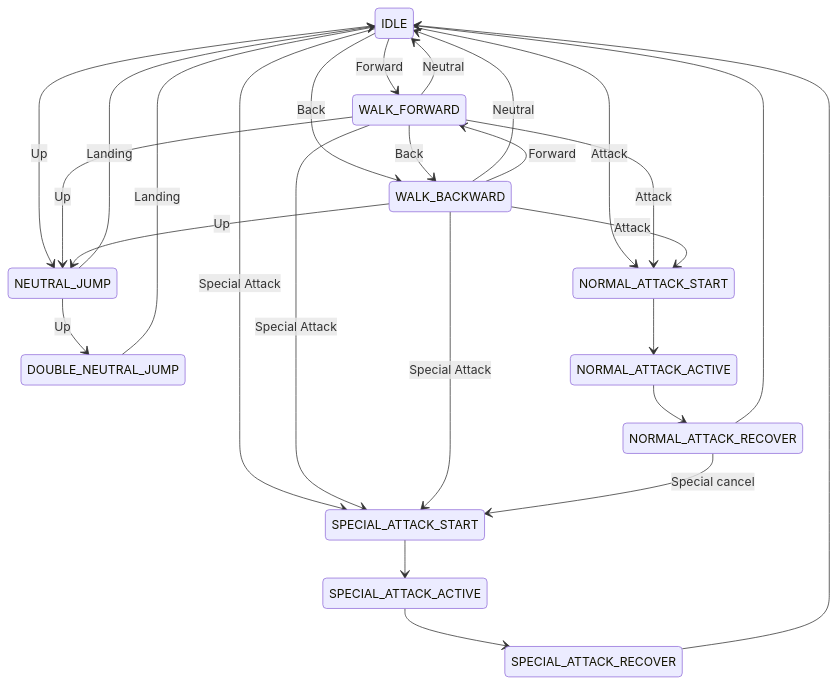
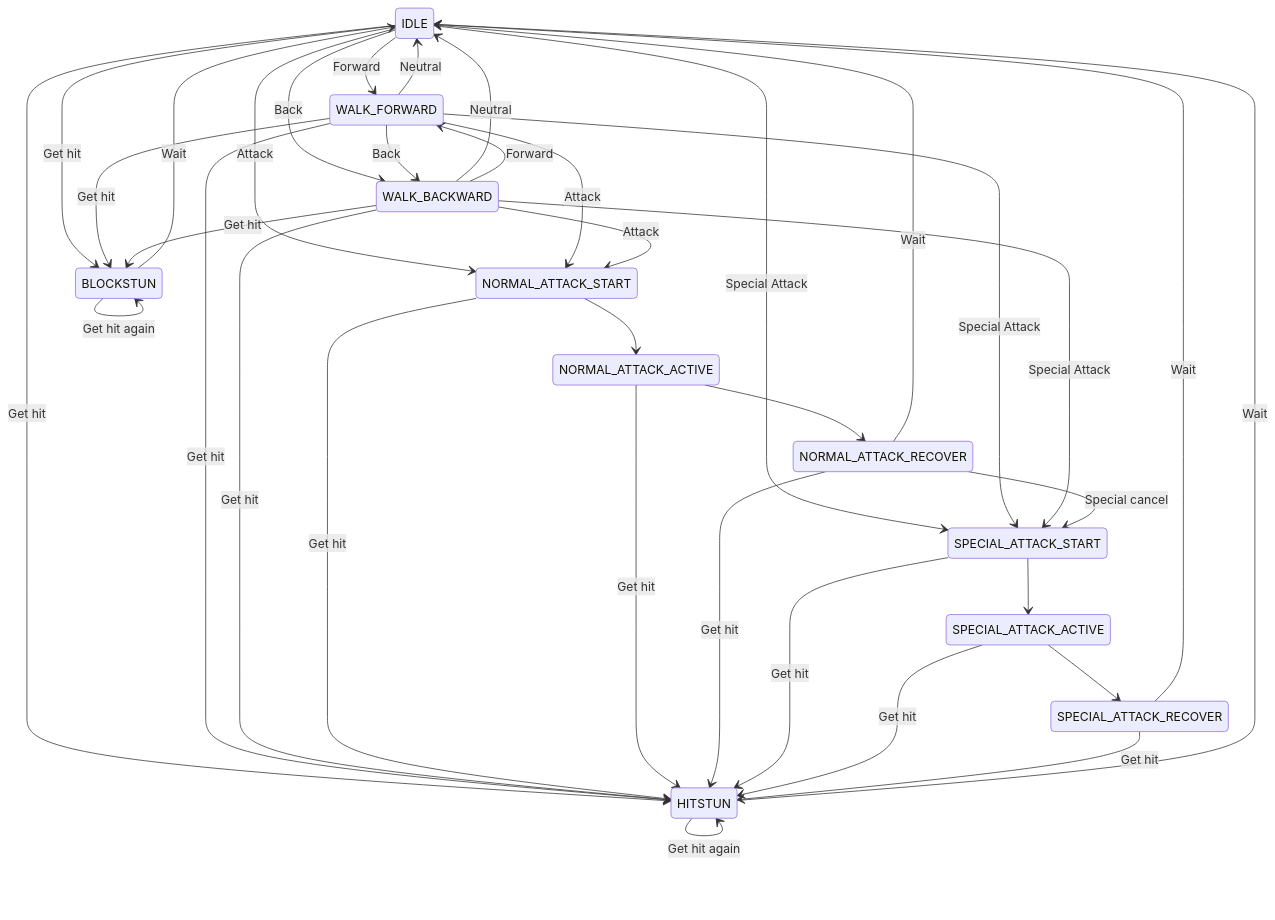
Before and after one commit to hissalht/jabjbab: the diagram in app/src/game/actions.md, drawn with Mermaid. The commit also changed other lines of this file, not shown here.

Commit message:
update state diagram: remove jumps, add hitstun and blockstun

````diff
--- a/app/src/game/actions.md
+++ b/app/src/game/actions.md
@@ -13,34 +13,48 @@
 ```mermaid
 stateDiagram-v2
   IDLE --> WALK_FORWARD: Forward
   IDLE --> WALK_BACKWARD: Back
-  IDLE --> NEUTRAL_JUMP: Up
   IDLE --> NORMAL_ATTACK_START: Attack
   IDLE --> SPECIAL_ATTACK_START: Special Attack
+  IDLE --> HITSTUN: Get hit
+  IDLE --> BLOCKSTUN: Get hit
 
   WALK_FORWARD --> IDLE: Neutral
-  WALK_FORWARD --> NEUTRAL_JUMP: Up
   WALK_FORWARD --> WALK_BACKWARD: Back
   WALK_FORWARD --> NORMAL_ATTACK_START: Attack
   WALK_FORWARD --> SPECIAL_ATTACK_START: Special Attack
+  WALK_FORWARD --> HITSTUN: Get hit
+  WALK_FORWARD --> BLOCKSTUN: Get hit
 
   WALK_BACKWARD --> IDLE: Neutral
-  WALK_BACKWARD --> NEUTRAL_JUMP: Up
   WALK_BACKWARD --> WALK_FORWARD: Forward
   WALK_BACKWARD --> NORMAL_ATTACK_START: Attack
   WALK_BACKWARD --> SPECIAL_ATTACK_START: Special Attack
-
-  NEUTRAL_JUMP --> IDLE: Landing
-  NEUTRAL_JUMP --> DOUBLE_NEUTRAL_JUMP: Up
-
-  DOUBLE_NEUTRAL_JUMP --> IDLE: Landing
+  WALK_BACKWARD --> HITSTUN: Get hit
+  WALK_BACKWARD --> BLOCKSTUN: Get hit
 
   NORMAL_ATTACK_START --> NORMAL_ATTACK_ACTIVE
+  NORMAL_ATTACK_START --> HITSTUN: Get hit
+
   NORMAL_ATTACK_ACTIVE --> NORMAL_ATTACK_RECOVER
-  NORMAL_ATTACK_RECOVER --> IDLE
+  NORMAL_ATTACK_ACTIVE --> HITSTUN: Get hit
+
+  NORMAL_ATTACK_RECOVER --> IDLE: Wait
+  NORMAL_ATTACK_RECOVER --> HITSTUN: Get hit
   NORMAL_ATTACK_RECOVER --> SPECIAL_ATTACK_START: Special cancel
 
   SPECIAL_ATTACK_START --> SPECIAL_ATTACK_ACTIVE
+  SPECIAL_ATTACK_START --> HITSTUN: Get hit
+
   SPECIAL_ATTACK_ACTIVE --> SPECIAL_ATTACK_RECOVER
-  SPECIAL_ATTACK_RECOVER --> IDLE
+  SPECIAL_ATTACK_ACTIVE --> HITSTUN: Get hit
+
+  SPECIAL_ATTACK_RECOVER --> IDLE: Wait
+  SPECIAL_ATTACK_RECOVER --> HITSTUN: Get hit
+
+  HITSTUN --> IDLE: Wait
+  HITSTUN --> HITSTUN: Get hit again
+
+  BLOCKSTUN --> IDLE: Wait
+  BLOCKSTUN --> BLOCKSTUN: Get hit again
 ```
````
